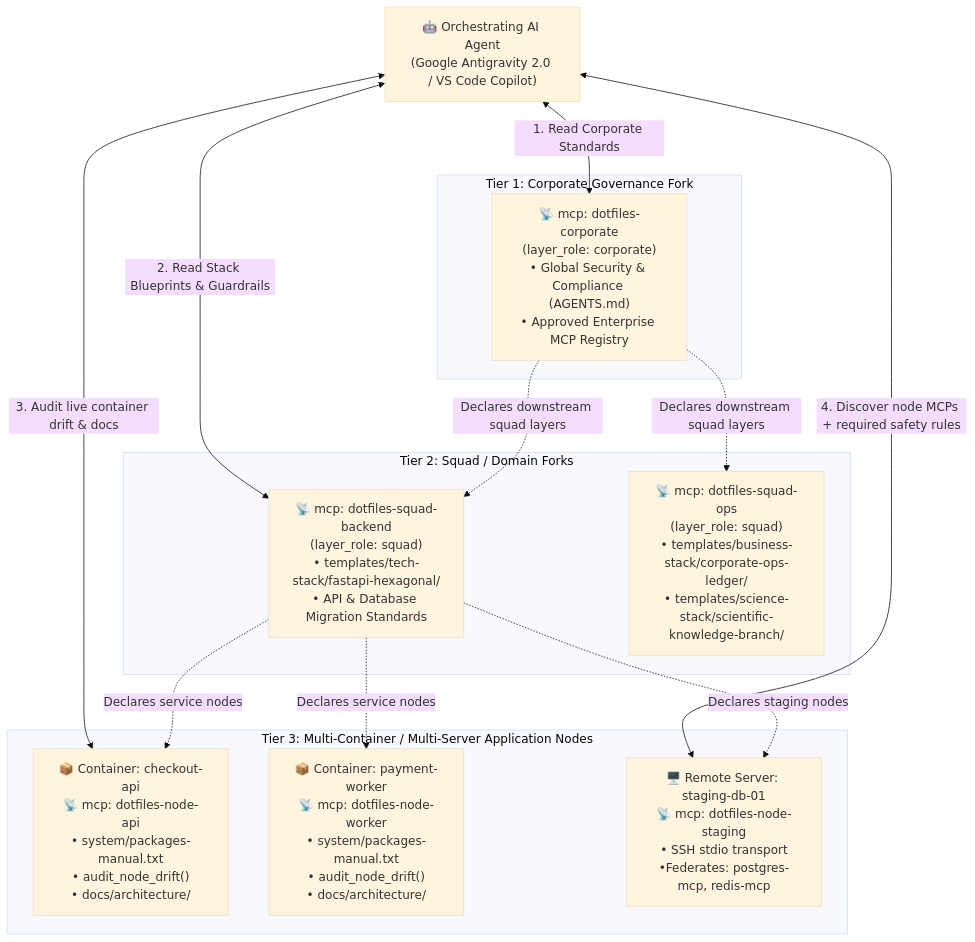
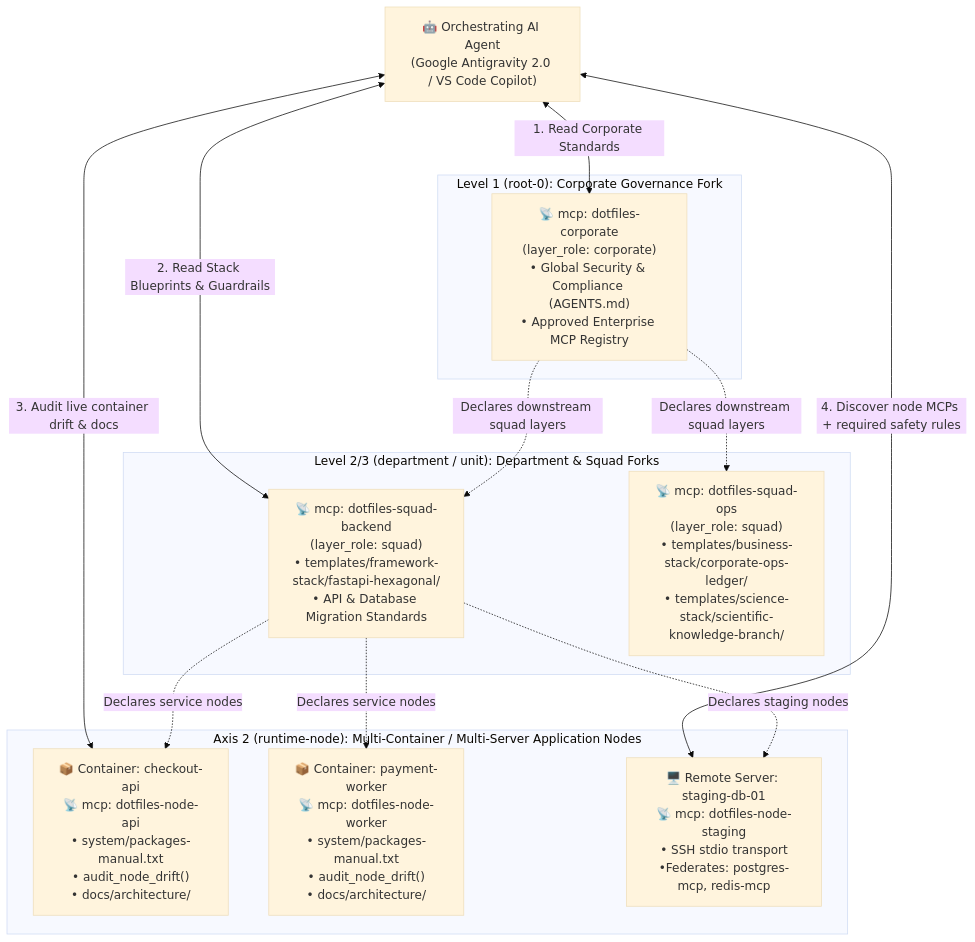
Before and after one commit to mtwuser/dotfiles-ubuntu: the first of 2 diagrams in docs/reference/contextual_mcp_and_multi_service_orchestration.md, drawn with Mermaid (base theme). The commit also changed other lines of this file and 148 other files, not shown here.

````diff
--- a/docs/reference/contextual_mcp_and_multi_service_orchestration.md
+++ b/docs/reference/contextual_mcp_and_multi_service_orchestration.md
@@ -56,25 +60,25 @@
 ```mermaid
 flowchart TD
     Agent["🤖 Orchestrating AI Agent\n(Google Antigravity 2.0 / VS Code Copilot)"]
-    subgraph Tier1["Tier 1: Corporate Governance Fork"]
+    subgraph Tier1["Level 1 (root-0): Corporate Governance Fork"]
         CorpMCP["📡 mcp: dotfiles-corporate\n(layer_role: corporate)\n• Global Security & Compliance (AGENTS.md)\n• Approved Enterprise MCP Registry"]
     end
-    subgraph Tier2["Tier 2: Squad / Domain Forks"]
-        BackendMCP["📡 mcp: dotfiles-squad-backend\n(layer_role: squad)\n• templates/tech-stack/fastapi-hexagonal/\n• API & Database Migration Standards"]
+    subgraph Tier2["Level 2/3 (department / unit): Department & Squad Forks"]
+        BackendMCP["📡 mcp: dotfiles-squad-backend\n(layer_role: squad)\n• templates/framework-stack/fastapi-hexagonal/\n• API & Database Migration Standards"]
         DataMCP["📡 mcp: dotfiles-squad-ops\n(layer_role: squad)\n• templates/business-stack/corporate-ops-ledger/\n• templates/science-stack/scientific-knowledge-branch/"]
     end
-    subgraph Tier3["Tier 3: Multi-Container / Multi-Server Application Nodes"]
+    subgraph Tier3["Axis 2 (runtime-node): Multi-Container / Multi-Server Application Nodes"]
         NodeAPI["📦 Container: checkout-api\n📡 mcp: dotfiles-node-api\n• system/packages-manual.txt\n• audit_node_drift()\n• docs/architecture/"]
         NodeWorker["📦 Container: payment-worker\n📡 mcp: dotfiles-node-worker\n• system/packages-manual.txt\n• audit_node_drift()\n• docs/architecture/"]
         NodeStaging["🖥️ Remote Server: staging-db-01\n📡 mcp: dotfiles-node-staging\n• SSH stdio transport\n•Federates: postgres-mcp, redis-mcp"]
     end
     Agent <-->|"1. Read Corporate Standards"| CorpMCP
     CorpMCP -.->|"Declares downstream squad layers"| BackendMCP
     CorpMCP -.->|"Declares downstream squad layers"| DataMCP
     Agent <-->|"2. Read Stack Blueprints & Guardrails"| BackendMCP
     BackendMCP -.->|"Declares service nodes"| NodeAPI
     BackendMCP -.->|"Declares service nodes"| NodeWorker
     BackendMCP -.->|"Declares staging nodes"| NodeStaging
     Agent <-->|"3. Audit live container drift & docs"| NodeAPI
     Agent <-->|"4. Discover node MCPs + required safety rules"| NodeStaging
 ```
````
